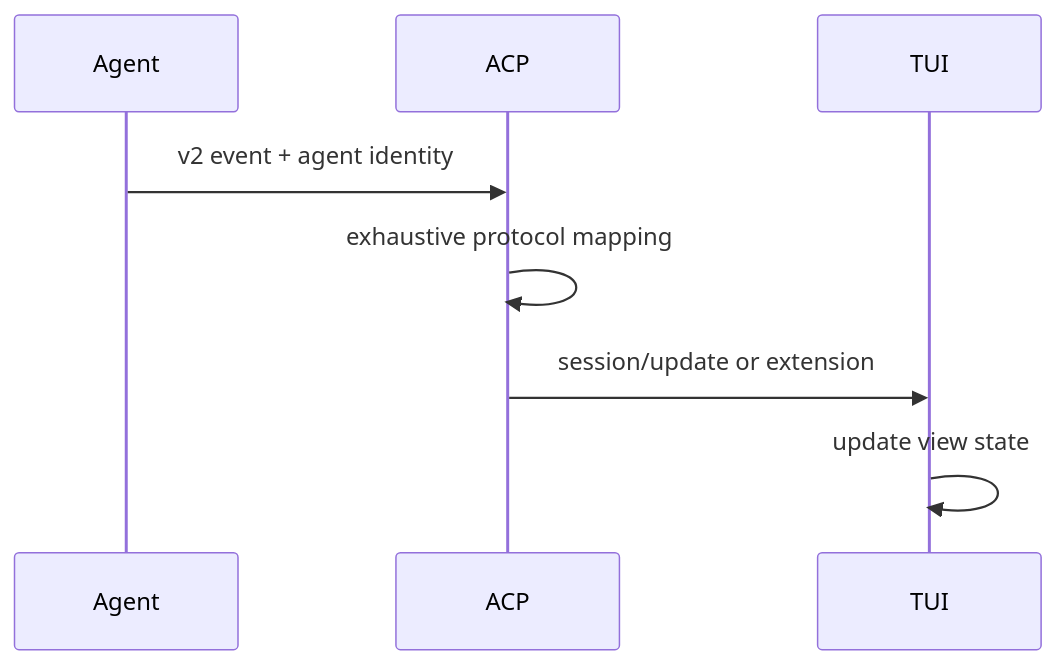
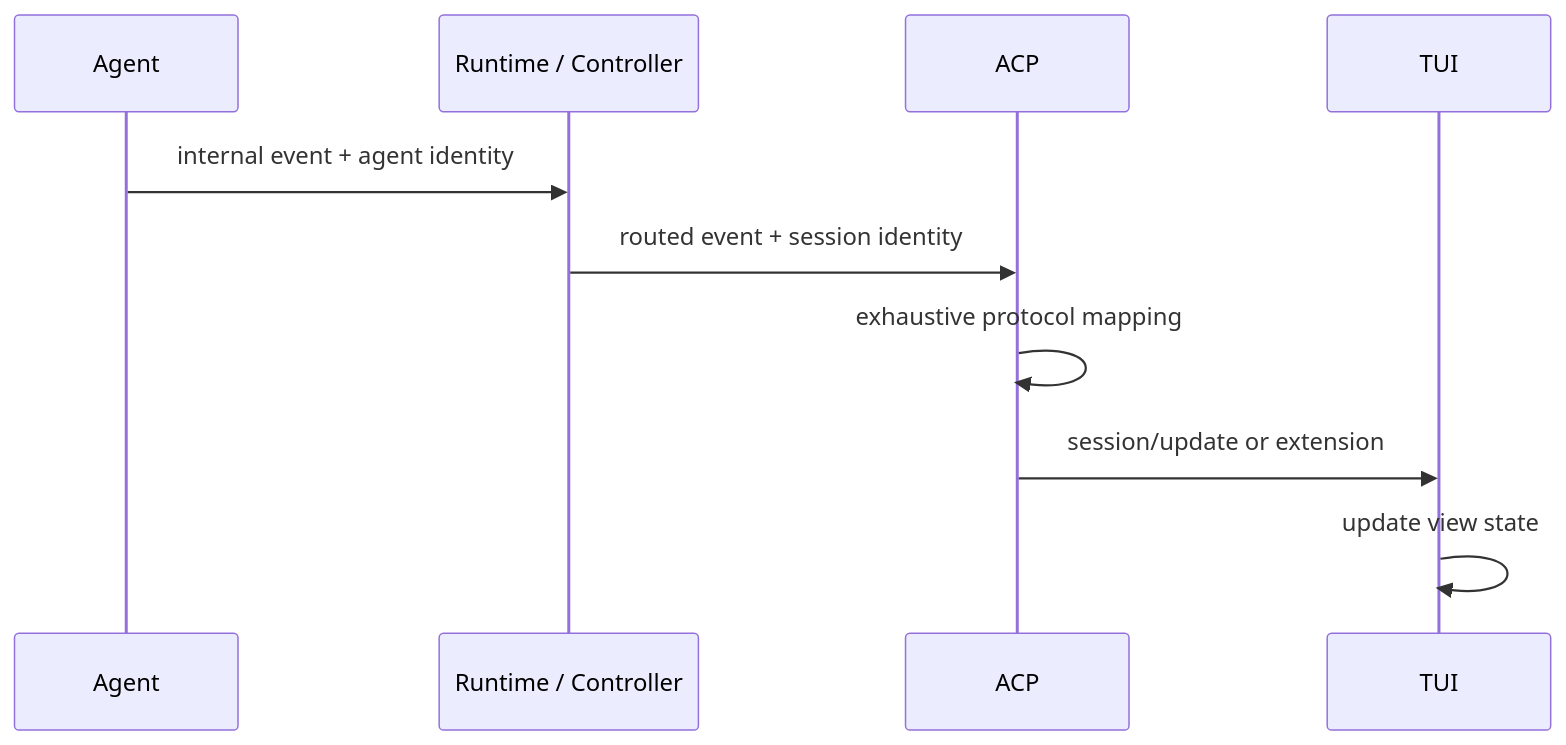
One commit to KonghaYao/peri-cool changed the second of 2 diagrams in src/content/docs/docs/developer/architecture.mdx. Above: the diagram before and after it, drawn with Mermaid. The commit also changed other lines of this file and 18 other files, not shown here.

````diff
--- a/src/content/docs/docs/developer/architecture.mdx
+++ b/src/content/docs/docs/developer/architecture.mdx
@@ -87,10 +91,12 @@
 ```mermaid
 sequenceDiagram
     participant A as Agent
+    participant R as Runtime / Controller
     participant P as ACP
     participant T as TUI
-    A->>P: v2 event + agent identity
+    A->>R: internal event + agent identity
+    R->>P: routed event + session identity
     P->>P: exhaustive protocol mapping
     P->>T: session/update or extension
     T->>T: update view state
 ```
````
